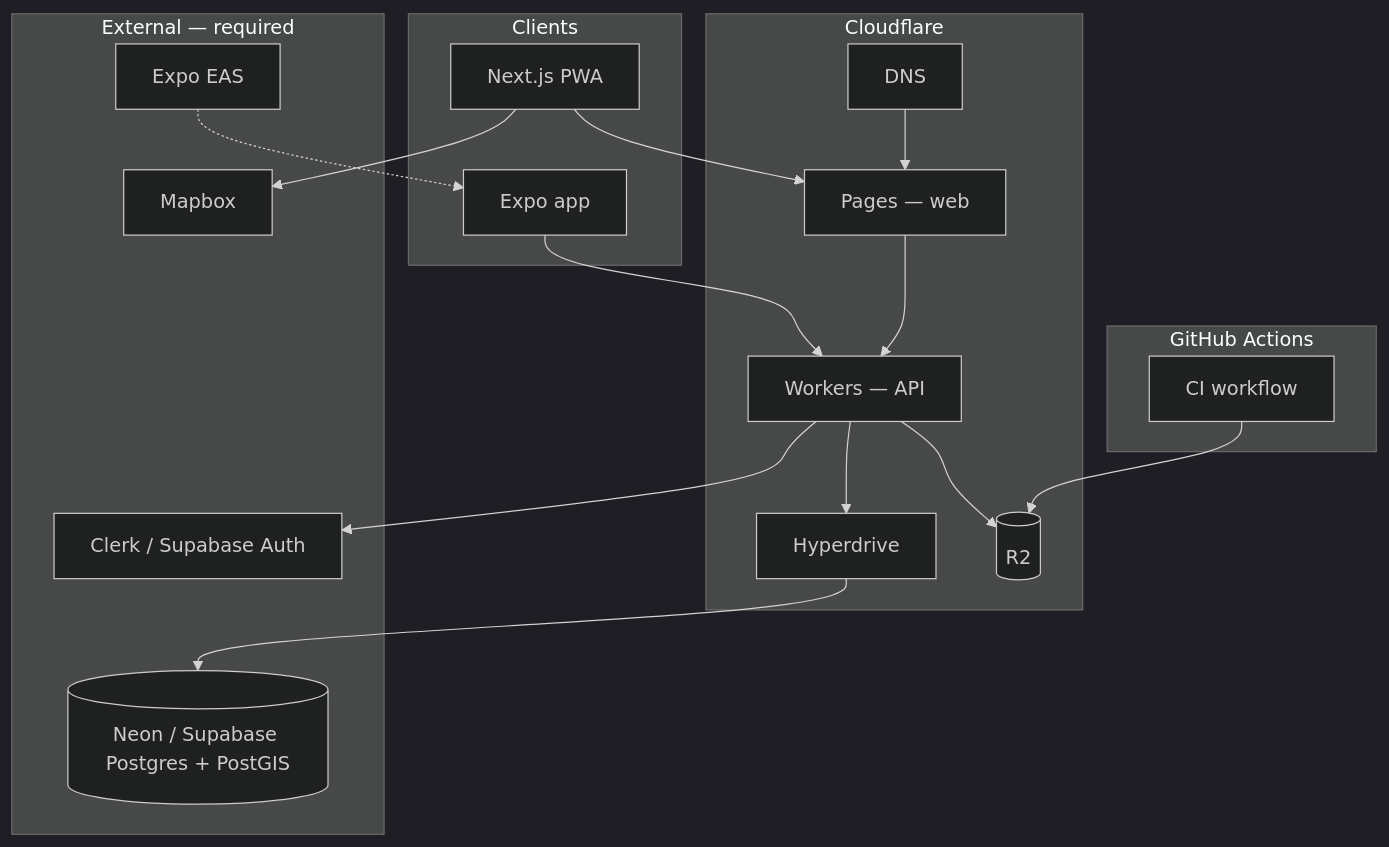
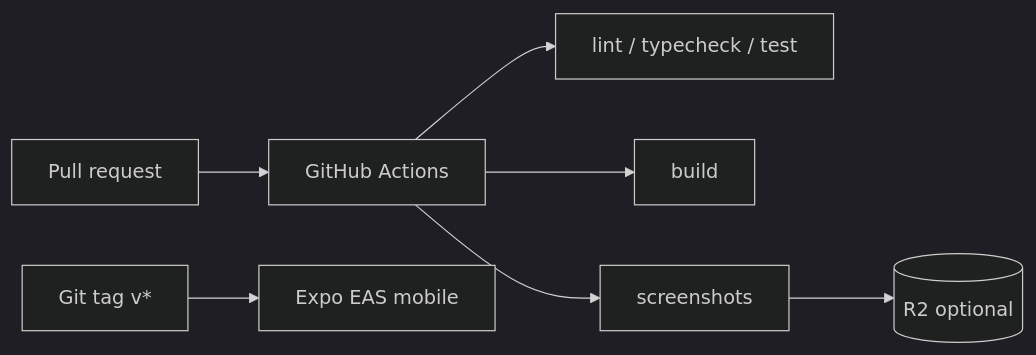
One commit to alexandrelheinen/freshy changed the third of 3 diagrams in README.md. Above: the diagram before and after it, drawn with Mermaid (dark theme). The commit also changed other lines of this file and 7 other files, not shown here.

````diff
--- a/README.md
+++ b/README.md
@@ -51,37 +130,9 @@
 ```mermaid
-flowchart TB
-    subgraph clients [Clients]
-        Web[Next.js PWA]
-        Mobile[Expo app]
-    end
-
-    subgraph cf [Cloudflare]
-        Pages[Pages — web]
-        Workers[Workers — API]
-        Hyperdrive[Hyperdrive]
-        R2[(R2)]
-        DNS[DNS]
-    end
-
-    subgraph external [External — required]
-        PG[(Neon / Supabase Postgres + PostGIS)]
-        Mapbox[Mapbox]
-        EAS[Expo EAS]
-        Auth[Clerk / Supabase Auth]
-    end
-
-    subgraph ci [GitHub Actions]
-        GHA[CI workflow]
-    end
-
-    Web --> Pages
-    Mobile --> Workers
-    Pages --> Workers
-    Workers --> Hyperdrive --> PG
-    Workers --> R2
-    Web --> Mapbox
-    Workers --> Auth
-    GHA --> R2
-    EAS -.-> Mobile
-    DNS --> Pages
+flowchart LR
+    PR[Pull request] --> CI[GitHub Actions]
+    CI --> Lint[lint / typecheck / test]
+    CI --> Build[build]
+    CI --> SS[screenshots]
+    SS --> R2[(R2 optional)]
+    Release[Git tag v*] --> EAS[Expo EAS mobile]
 ```
````
